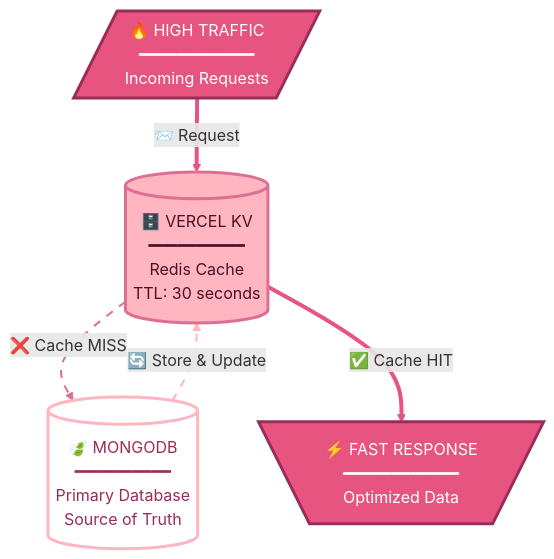
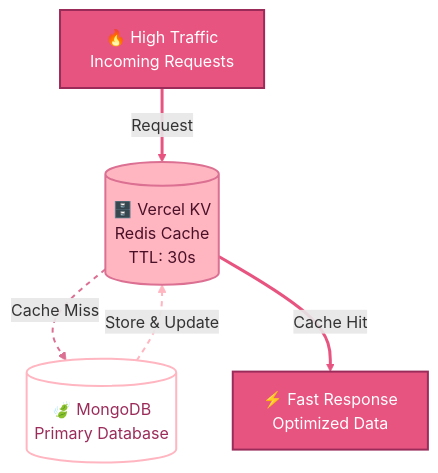
One commit to SujalAgrawal08/SahayakX changed the second of 2 diagrams in README.md. Above: the diagram before and after it, drawn with Mermaid.

````diff
--- a/README.md
+++ b/README.md
@@ -223,25 +223,25 @@
 ```mermaid
 flowchart TD
-    A[/"🔥 HIGH TRAFFIC<br/>━━━━━━━━━━━━<br/>Incoming Requests"/]
+    A[🔥 High Traffic<br/>Incoming Requests]
     
-    B[(🗄️ VERCEL KV<br/>━━━━━━━━━━<br/>Redis Cache<br/>TTL: 30 seconds)]
+    B[(🗄️ Vercel KV<br/>Redis Cache<br/>TTL: 30s)]
     
-    C[(🍃 MONGODB<br/>━━━━━━━━━━<br/>Primary Database<br/>Source of Truth)]
+    C[(🍃 MongoDB<br/>Primary Database)]
     
-    D[\"⚡ FAST RESPONSE<br/>━━━━━━━━━━━━<br/>Optimized Data"/]
+    D[⚡ Fast Response<br/>Optimized Data]
 
-    A ==>|"📨 Request"| B
-    B -.->|"❌ Cache MISS"| C
-    C -.->|"🔄 Store & Update"| B
-    B ==>|"✅ Cache HIT"| D
+    A ==>|"Request"| B
+    B -.->|"Cache Miss"| C
+    C -.->|"Store & Update"| B
+    B ==>|"Cache Hit"| D
 
-    style A fill:#E75480,stroke:#9B2C5A,color:#FFFFFF,stroke-width:3px
-    style B fill:#FFB6C1,stroke:#DB7093,color:#4A1028,stroke-width:3px
-    style C fill:#FFFFFF,stroke:#FFB6C1,color:#9B2C5A,stroke-width:3px
-    style D fill:#E75480,stroke:#9B2C5A,color:#FFFFFF,stroke-width:3px
+    style A fill:#E75480,stroke:#9B2C5A,color:#FFFFFF,stroke-width:2px
+    style B fill:#FFB6C1,stroke:#DB7093,color:#4A1028,stroke-width:2px
+    style C fill:#FFFFFF,stroke:#FFB6C1,color:#9B2C5A,stroke-width:2px
+    style D fill:#E75480,stroke:#9B2C5A,color:#FFFFFF,stroke-width:2px
 
-    linkStyle 0 stroke:#E75480,stroke-width:4px
-    linkStyle 1 stroke:#DB7093,stroke-width:2px,stroke-dasharray:8
-    linkStyle 2 stroke:#FFB6C1,stroke-width:2px,stroke-dasharray:8
-    linkStyle 3 stroke:#E75480,stroke-width:4px
+    linkStyle 0 stroke:#E75480,stroke-width:3px
+    linkStyle 1 stroke:#DB7093,stroke-width:2px,stroke-dasharray:5
+    linkStyle 2 stroke:#FFB6C1,stroke-width:2px,stroke-dasharray:5
+    linkStyle 3 stroke:#E75480,stroke-width:3px
 ```
````
